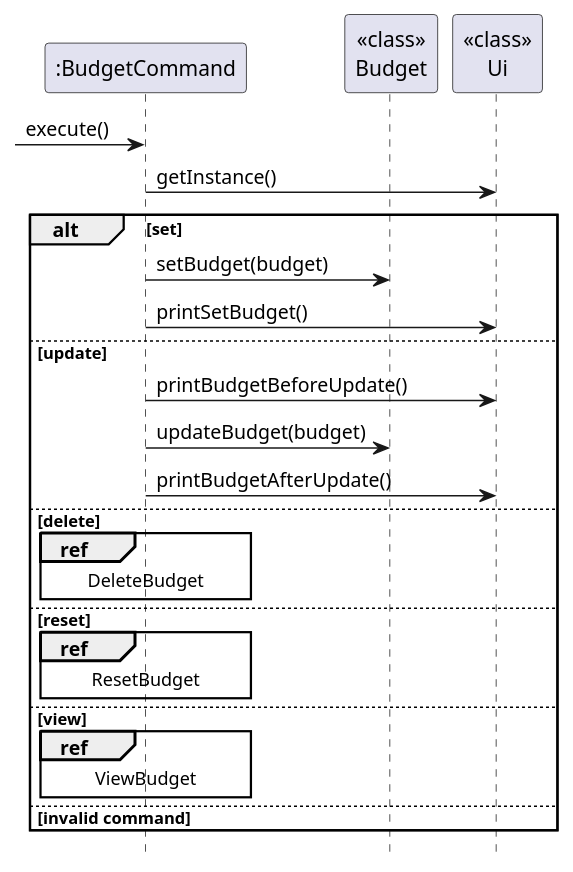
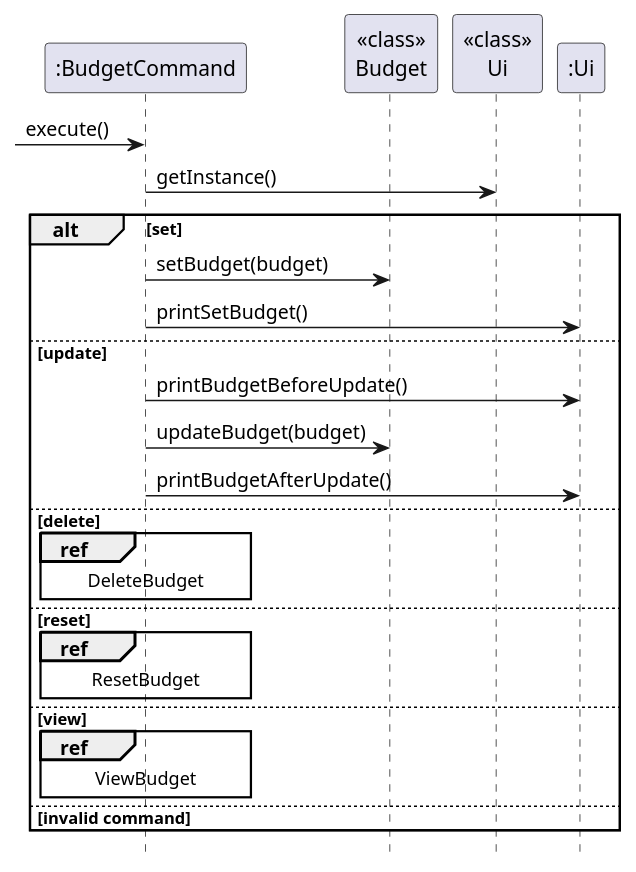
One commit to nus-cs2113-AY2324S1/tp changed the diagram in docs/diagrams/Budget.puml. Above: the diagram before and after it, drawn with PlantUML. The commit also changed 8 other files, not shown here.

```diff
--- a/docs/diagrams/Budget.puml
+++ b/docs/diagrams/Budget.puml
@@ -1,27 +1,28 @@
 @startuml
 
 participant ":BudgetCommand" as BudgetCommand
 participant "<<class>>\nBudget" as Budget
-participant "<<class>>\nUi" as Ui
+participant "<<class>>\nUi" as UiClass
+participant ":Ui" as Ui
 
 -> BudgetCommand: execute()
-BudgetCommand -> Ui: getInstance()
+BudgetCommand -> UiClass: getInstance()
 
 alt set
     BudgetCommand -> Budget: setBudget(budget)
     BudgetCommand -> Ui: printSetBudget()
 else update
     BudgetCommand -> Ui: printBudgetBeforeUpdate()
     BudgetCommand -> Budget: updateBudget(budget)
     BudgetCommand -> Ui: printBudgetAfterUpdate()
 else delete
     ref over BudgetCommand: DeleteBudget
 else reset
     ref over BudgetCommand: ResetBudget
 else view
     ref over BudgetCommand: ViewBudget
 else invalid command
 end
 
 hide footbox
 @enduml
```
